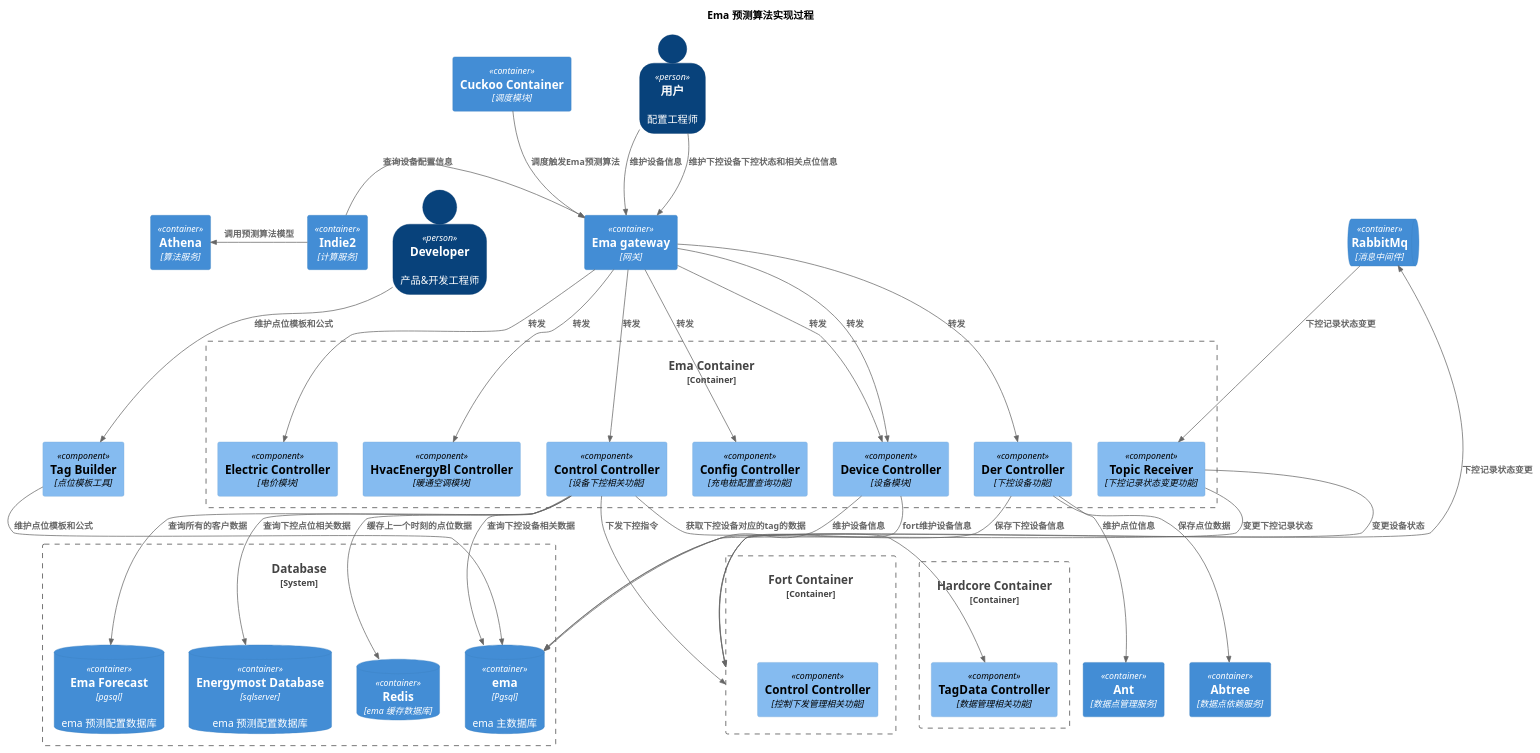
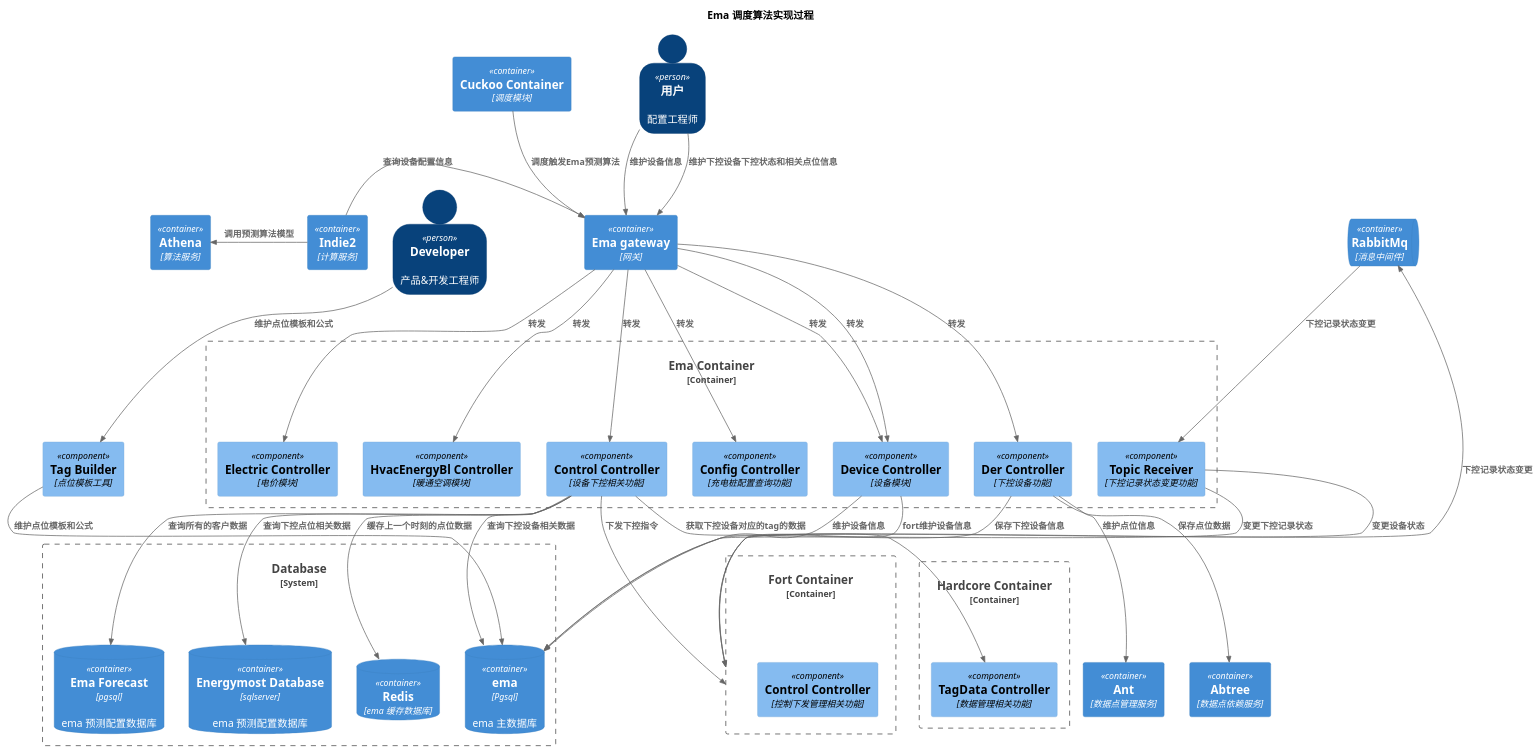
The diagram in c4-ema/ema_component_预测算法.puml (0shuibo/C4-UML), drawn with PlantUML before and after one commit. The commit also changed 2 other files, not shown here.

Commit message:
提交C4图

```diff
--- a/c4-ema/ema_component_预测算法.puml
+++ b/c4-ema/ema_component_预测算法.puml
@@ -1,103 +1,103 @@
 @startuml 设备台账
 !include ../C4_Component.puml
 
 LAYOUT_TOP_DOWN()
 SHOW_PERSON_OUTLINE()
 
-title Ema 预测算法实现过程
+title Ema 调度算法实现过程
 ' 预测算法相关内容
 Container(cuckoo, "Cuckoo Container","调度模块")
 
 Container(emaGateway, "Ema gateway","网关")
 
 Container_Boundary(ema, "Ema Container") {
     Component(emaControl, "Control Controller", "设备下控相关功能")
     Component(topicReceiver, "Topic Receiver", "下控记录状态变更功能")
     Component(configModule, "Config Controller", "充电桩配置查询功能")
     Component(electricModule, "Electric Controller", "电价模块")
     Component(deviceModule, "Device Controller", "设备模块")
     Component(HvacEnergyBlModule, "HvacEnergyBl Controller", "暖通空调模块")
     Component(DerModule, "Der Controller", "下控设备功能")
 }
 
 Container_Boundary(hardcore, "Hardcore Container") {
     Component(tagManager, "TagData Controller", "数据管理相关功能")
 }
 
 
 Container_Boundary(fort, "Fort Container") {
     Component(ticketBff, "Control Controller", "控制下发管理相关功能")
 }
 
 System_Boundary(emaDatabase, "Database") {
     ContainerDb(emaForecast, "Ema Forecast", "pgsql", "ema 预测配置数据库")
     ContainerDb(emaDb, "ema", "Pgsql", "ema 主数据库")
     ContainerDb(energymostDb, "Energymost Database", "sqlserver", "ema 预测配置数据库")
     ContainerDb(redis, "Redis", "ema 缓存数据库")
 }
 
 ContainerQueue(rabbitMq, "RabbitMq", "消息中间件")
 
 Container(athena, "Athena", "算法服务")
 Container(indie2, "Indie2", "计算服务")
 Container(ant, "Ant", "数据点管理服务")
 Container(abtree, "Abtree", "数据点依赖服务")
 
 ' 下控依赖关系
 Rel_D(cuckoo,emaGateway,"调度触发Ema预测算法","")
 Rel_D(emaGateway,emaControl,"转发","")
 Rel_D(emaControl,emaForecast,"查询所有的客户数据","")
 Rel_D(emaControl,emaDb,"查询下控设备相关数据","")
 Rel_D(emaControl,energymostDb,"查询下控点位相关数据","")
 Rel_D(emaControl,tagManager,"获取下控设备对应的tag的数据","")
 Rel_D(emaControl,redis,"缓存上一个时刻的点位数据","")
 Rel_D(emaControl,fort,"下发下控指令","")
 Rel_D(rabbitMq,topicReceiver,"下控记录状态变更","")
 Rel_D(fort,rabbitMq,"下控记录状态变更","")
 
 Rel_R(indie2,emaGateway,"查询设备配置信息","")
 Rel_R(emaGateway,configModule,"转发","")
 ' Rel_R(indie2,emaGateway,"查询电价配置","")
 Rel_R(emaGateway,electricModule,"转发","")
 ' Rel_R(indie2,emaGateway,"查询设备配置","")
 Rel_R(emaGateway,deviceModule,"转发","")
 ' Rel_R(indie2,emaGateway,"查询暖通空调配置","")
 Rel_R(emaGateway,HvacEnergyBlModule,"转发","")
 Rel_L(indie2,athena,"调用预测算法模型","")
 Rel_D(topicReceiver,fort,"变更设备状态","")
 Rel_D(topicReceiver,emaDb,"变更下控记录状态","")
 
 '预测算法配置功能
 Person(configUser, "用户", "配置工程师")
 
 
 ' Container_Boundary(userAuth, "UserAuth Container") {
 '     Component(emaControl, "Control Controller", "设备下控相关功能")
 ' }
 
 
 '配置依赖关系
 Rel_D(configUser,emaGateway,"维护设备信息","")
 Rel_D(emaGateway,deviceModule,"转发","")
 Rel_D(deviceModule,emaDb,"维护设备信息","")
 Rel_D(deviceModule,fort,"fort维护设备信息","")
 
 Rel_D(configUser,emaGateway,"维护下控设备下控状态和相关点位信息","")
 Rel_D(emaGateway,DerModule,"转发","")
 Rel_D(DerModule,ant,"维护点位信息","")
 Rel_D(DerModule,emaDb,"保存下控设备信息","")
 Rel_D(DerModule,abtree,"保存点位数据","")
 
 
 
 ' 点位模板配置
 Person(developer, "Developer", "产品&开发工程师")
 
 Component(tagBuilder, "Tag Builder", "点位模板工具")
 
 Rel_D(developer,tagBuilder,"维护点位模板和公式","")
 Rel_D(tagBuilder,emaDb,"维护点位模板和公式","")
 
 
 
 @enduml
```
